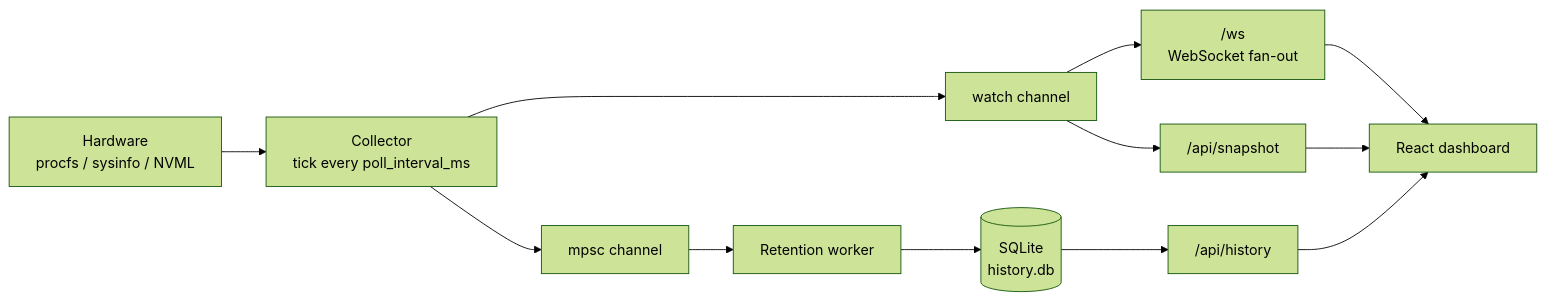
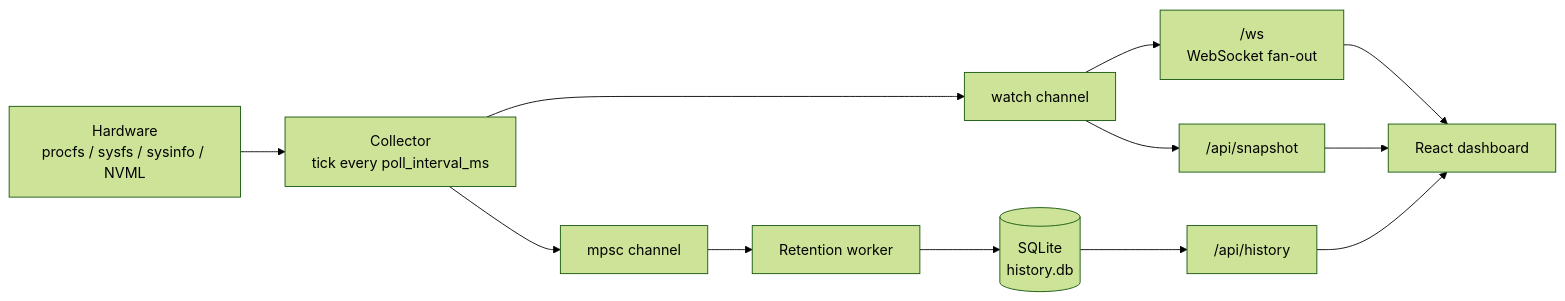
One commit to frammawiliansyah/resourcewatch changed the diagram in README.md. Above: the diagram before and after it, drawn with Mermaid (forest theme). The commit also changed other lines of this file and 10 other files, not shown here.

````diff
--- a/README.md
+++ b/README.md
@@ -231,14 +265,14 @@
 ```mermaid
 flowchart LR
-    HW[Hardware<br/>procfs / sysinfo / NVML] --> C[Collector<br/>tick every poll_interval_ms]
+    HW[Hardware<br/>procfs / sysfs / sysinfo / NVML] --> C[Collector<br/>tick every poll_interval_ms]
     C --> W[watch channel]
     C --> M[mpsc channel]
     W --> WS["/ws<br/>WebSocket fan-out"]
     W --> S["/api/snapshot"]
     M --> R[Retention worker]
     R --> DB[(SQLite<br/>history.db)]
     DB --> H["/api/history"]
     WS --> UI[React dashboard]
     S --> UI
     H --> UI
 ```
````
